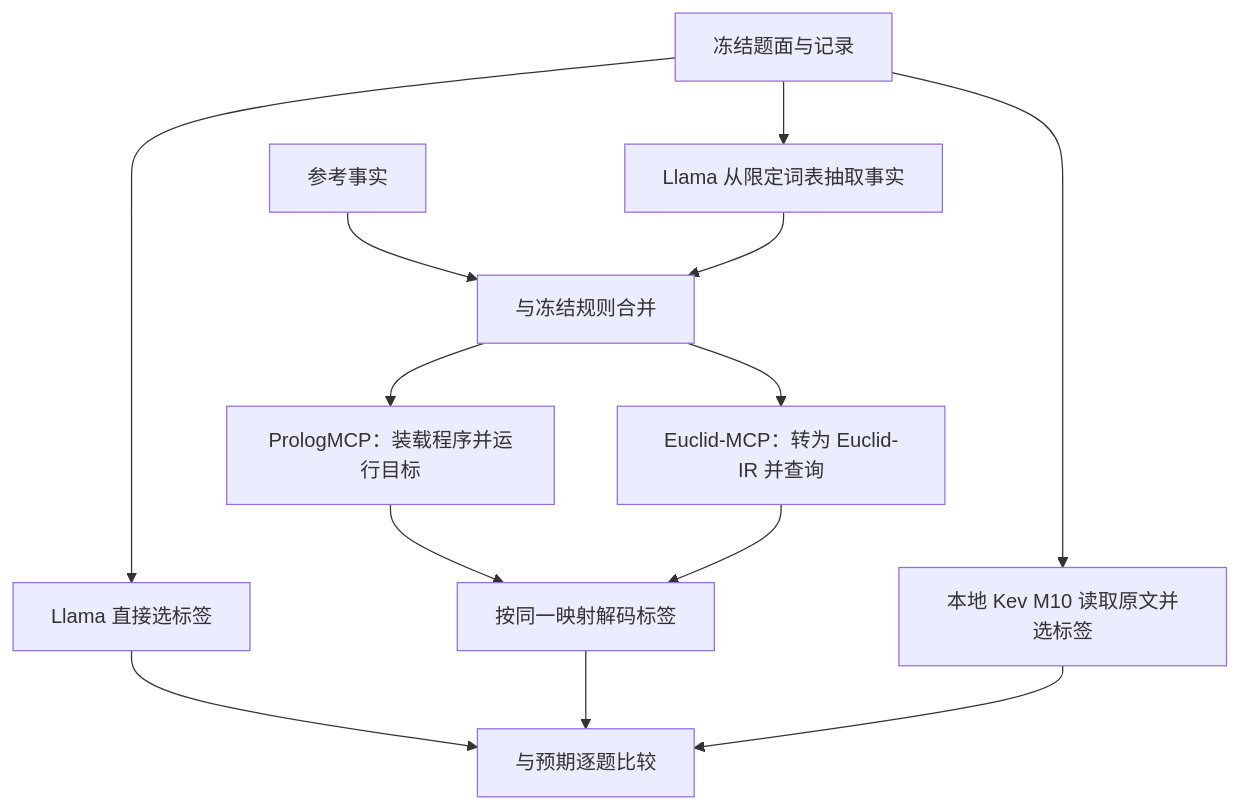
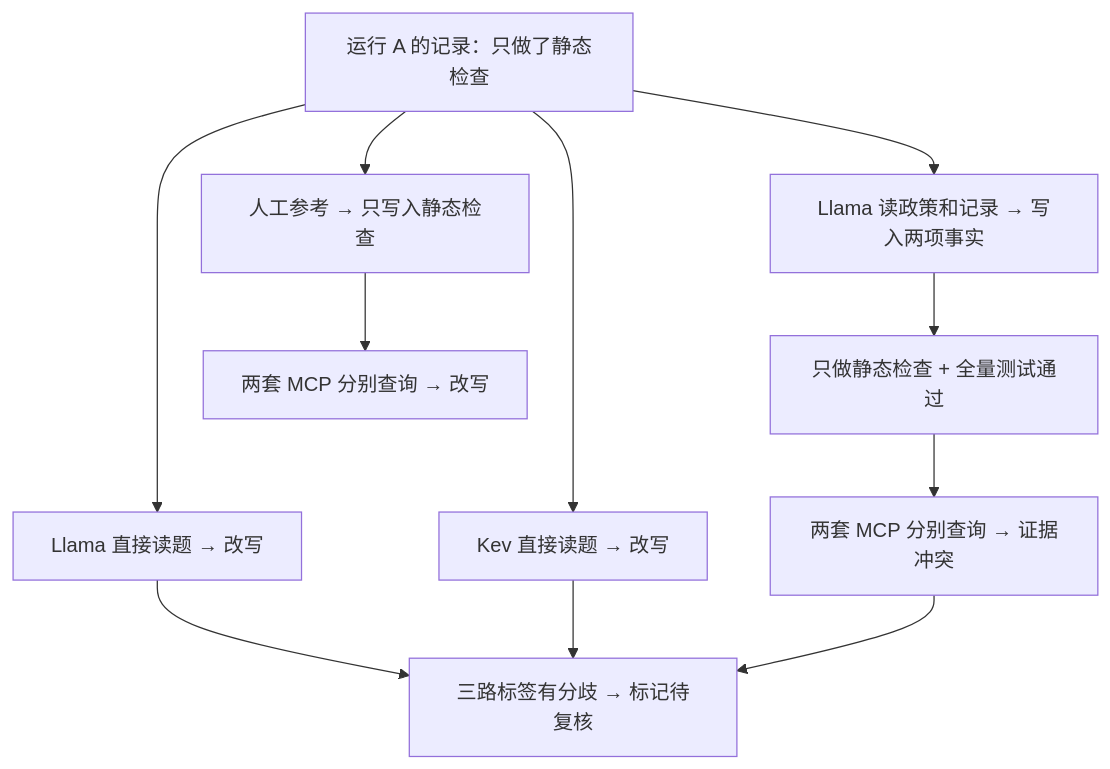
The diagram in Research/Engineering/PrologMCP/comparison/README.md (naturaldao/NaturalDAO-2nd), drawn with Mermaid before and after one commit. The commit also changed other lines of this file and 1 other file, not shown here.

````diff
--- a/Research/Engineering/PrologMCP/comparison/README.md
+++ b/Research/Engineering/PrologMCP/comparison/README.md
@@ -19,15 +25,13 @@
 ```mermaid
 flowchart TD
-    A["冻结题面与记录"] --> B["Llama 直接选标签"]
-    A --> C["Llama 从限定词表抽取事实"]
-    A --> K["本地 Kev M10 读取原文并选标签"]
-    D["参考事实"] --> E["与冻结规则合并"]
-    C --> E
-    E --> F["PrologMCP：装载程序并运行目标"]
-    E --> G["Euclid-MCP：转为 Euclid-IR 并查询"]
-    F --> H["按同一映射解码标签"]
-    G --> H
-    B --> J["与预期逐题比较"]
-    H --> J
-    K --> J
+    A["运行 A 的记录：只做了静态检查"] --> L["Llama 直接读题 → 改写"]
+    A --> K["Kev 直接读题 → 改写"]
+    A --> F["Llama 读政策和记录 → 写入两项事实"]
+    F --> H["只做静态检查 + 全量测试通过"]
+    H --> X["两套 MCP 分别查询 → 证据冲突"]
+    A --> R["人工参考 → 只写入静态检查"]
+    R --> Y["两套 MCP 分别查询 → 改写"]
+    L --> V["三路标签有分歧 → 标记待复核"]
+    K --> V
+    X --> V
 ```
````
